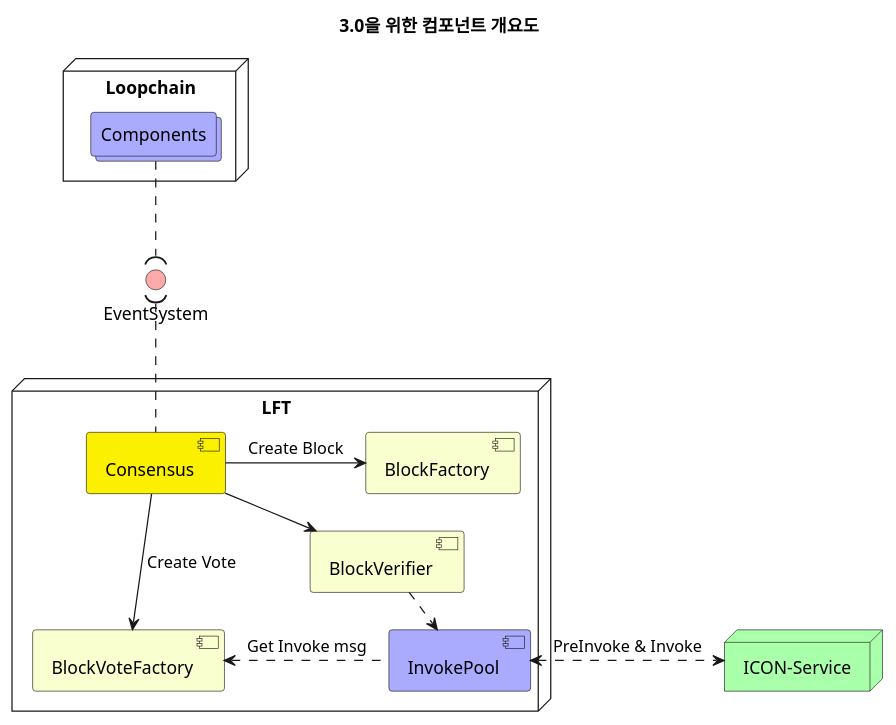
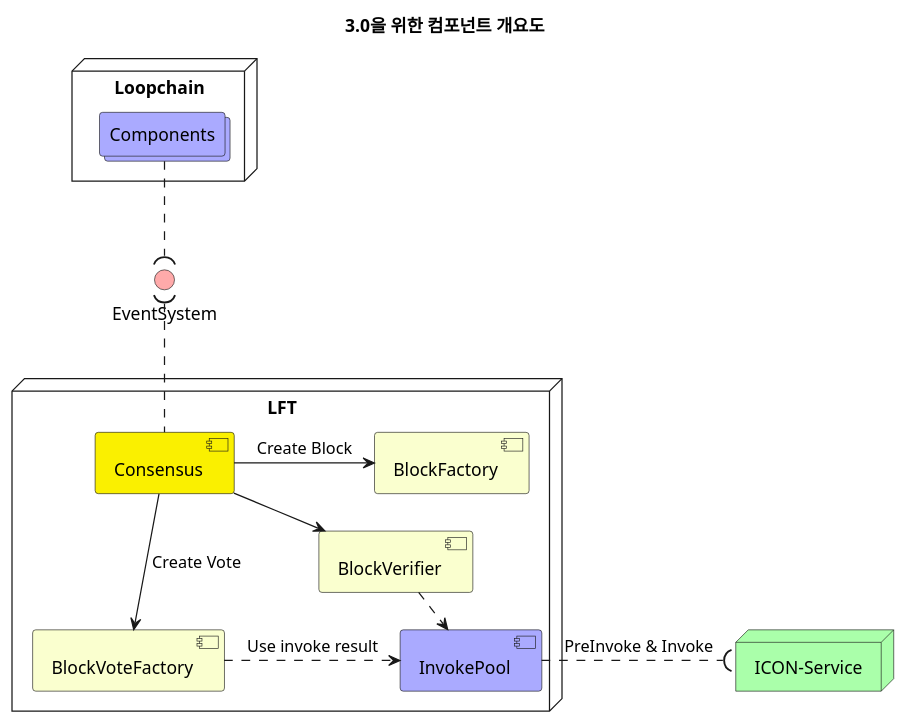
One commit to metalg0su/studies changed the diagram in 3_0_minimum.puml. Above: the diagram before and after it, drawn with PlantUML. The commit also changed 1 other file, not shown here.

```diff
--- a/3_0_minimum.puml
+++ b/3_0_minimum.puml
@@ -1,30 +1,30 @@
 @startuml
 title 3.0을 위한 컴포넌트 개요도
 
 ' Definition
 node Loopchain {
     collections Components as lc  #AAAAFF
 }
 () EventSystem as es #FFAAAA
 node LFT {
     [Consensus] as lft #FAF000
     [BlockFactory] as block_factory  #FAFFCF
     [BlockVoteFactory] as vote_factory  #FAFFCF
     [BlockVerifier] as block_verifier  #FAFFCF
     [InvokePool] as invoke_pool  #AAAAFF
 }
 node "ICON-Service" as is  #AAFFAA
 
 ' Relations
 lc ..( es
 es ).. lft
 
 lft --> vote_factory: Create Vote
 lft -> block_factory: Create Block
 lft -> block_verifier: Verify Block
 
-block_verifier .> invoke_pool: Call Invoke msg
-vote_factory <. invoke_pool: Get Invoke msg
+block_verifier .> invoke_pool: Trigger invoke
+vote_factory .> invoke_pool: Use invoke result
 
-invoke_pool <.> is: PreInvoke & Invoke
+invoke_pool .( is: PreInvoke & Invoke
 @enduml
```
